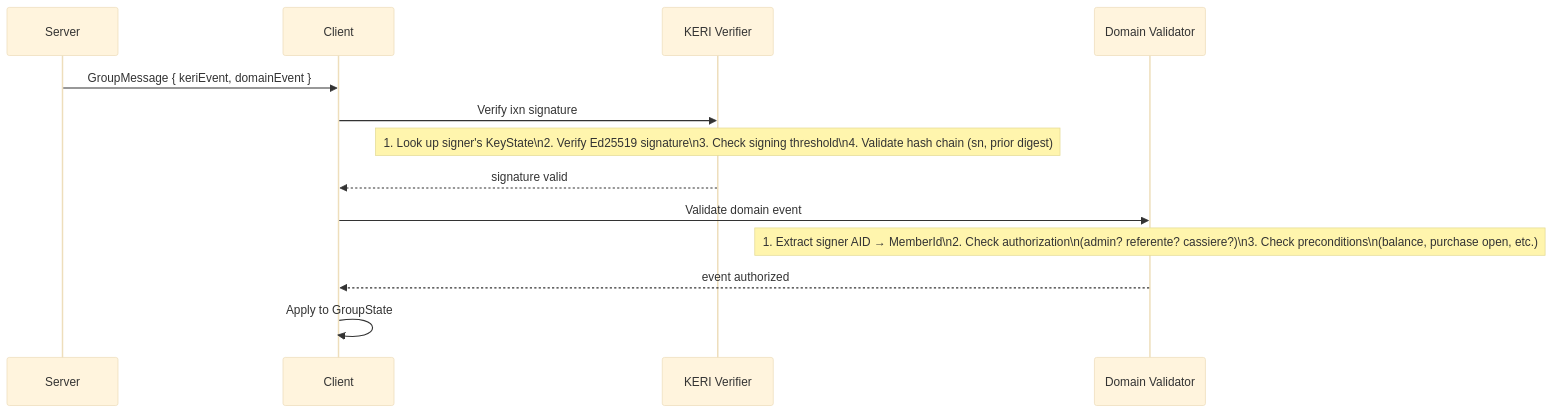
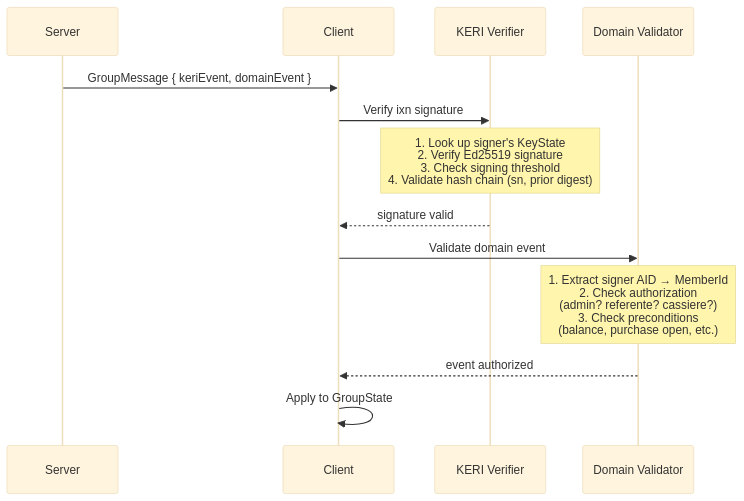
One commit to paolino/keri-coop changed the fourth of 9 diagrams in docs/docs/keri-integration.md. Above: the diagram before and after it, drawn with Mermaid (base theme). The commit also changed other lines of this file and 10 other files, not shown here.

````diff
--- a/docs/docs/keri-integration.md
+++ b/docs/docs/keri-integration.md
@@ -98,19 +98,19 @@
 ```mermaid
 sequenceDiagram
     participant S as Server
     participant C as Client
     participant KV as KERI Verifier
     participant DV as Domain Validator
 
     S->>C: GroupMessage { keriEvent, domainEvent }
 
     C->>KV: Verify ixn signature
-    Note over KV: 1. Look up signer's KeyState\n2. Verify Ed25519 signature\n3. Check signing threshold\n4. Validate hash chain (sn, prior digest)
+    Note over KV: 1. Look up signer's KeyState<br>2. Verify Ed25519 signature<br>3. Check signing threshold<br>4. Validate hash chain (sn, prior digest)
     KV-->>C: signature valid
 
     C->>DV: Validate domain event
-    Note over DV: 1. Extract signer AID → MemberId\n2. Check authorization\n(admin? referente? cassiere?)\n3. Check preconditions\n(balance, purchase open, etc.)
+    Note over DV: 1. Extract signer AID → MemberId<br>2. Check authorization<br>(admin? referente? cassiere?)<br>3. Check preconditions<br>(balance, purchase open, etc.)
     DV-->>C: event authorized
 
     C->>C: Apply to GroupState
 ```
````
